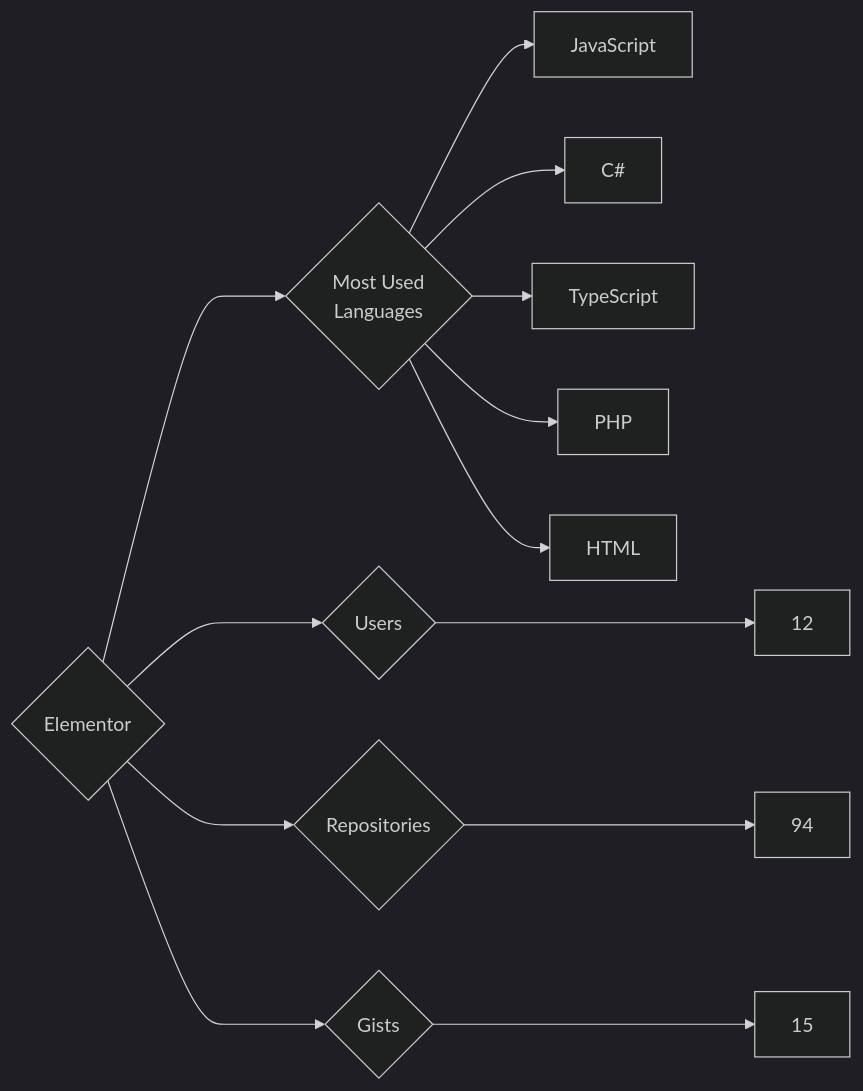
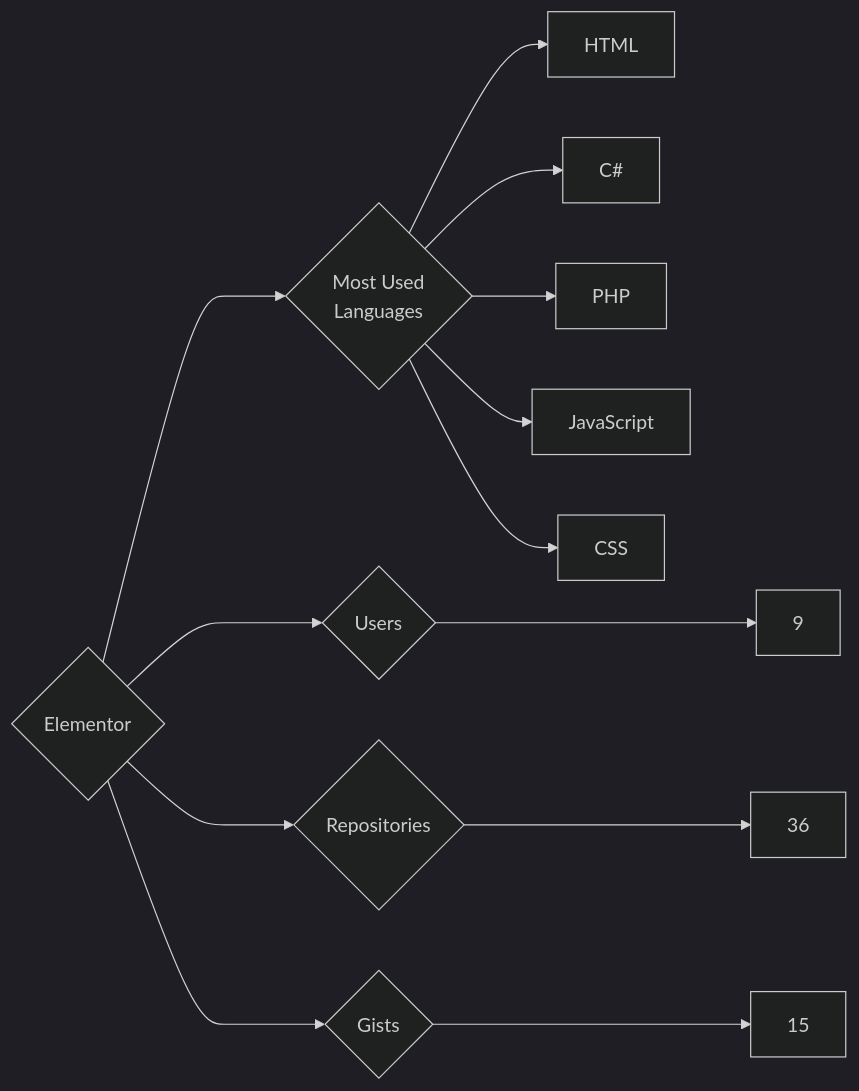
The diagram in targets/Elementor/README.md (trickest/insiders), drawn with Mermaid (dark theme) before and after one commit. The commit also changed 714 other files, not shown here.

````diff
--- a/targets/Elementor/README.md
+++ b/targets/Elementor/README.md
@@ -3,13 +3,13 @@
 ```mermaid
 graph LR
 COMPANY_NAME{Elementor}
-COMPANY_NAME ---> U{Users} ---> UN[12]
-COMPANY_NAME ---> R{Repositories} ---> RN[94]
+COMPANY_NAME ---> U{Users} ---> UN[9]
+COMPANY_NAME ---> R{Repositories} ---> RN[36]
 COMPANY_NAME ---> G{Gists} ---> GN[15]
 COMPANY_NAME ---> ML{Most Used<br>Languages}
+ML --> HTML[HTML]
+ML --> C#[C#]
+ML --> PHP[PHP]
 ML --> JavaScript[JavaScript]
-ML --> C#[C#]
-ML --> TypeScript[TypeScript]
-ML --> PHP[PHP]
-ML --> HTML[HTML]
+ML --> CSS[CSS]
 ```
````
